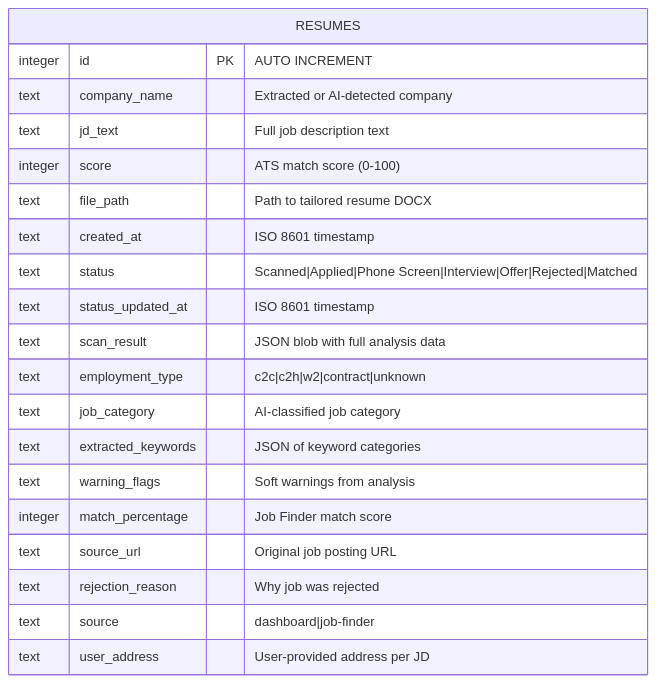
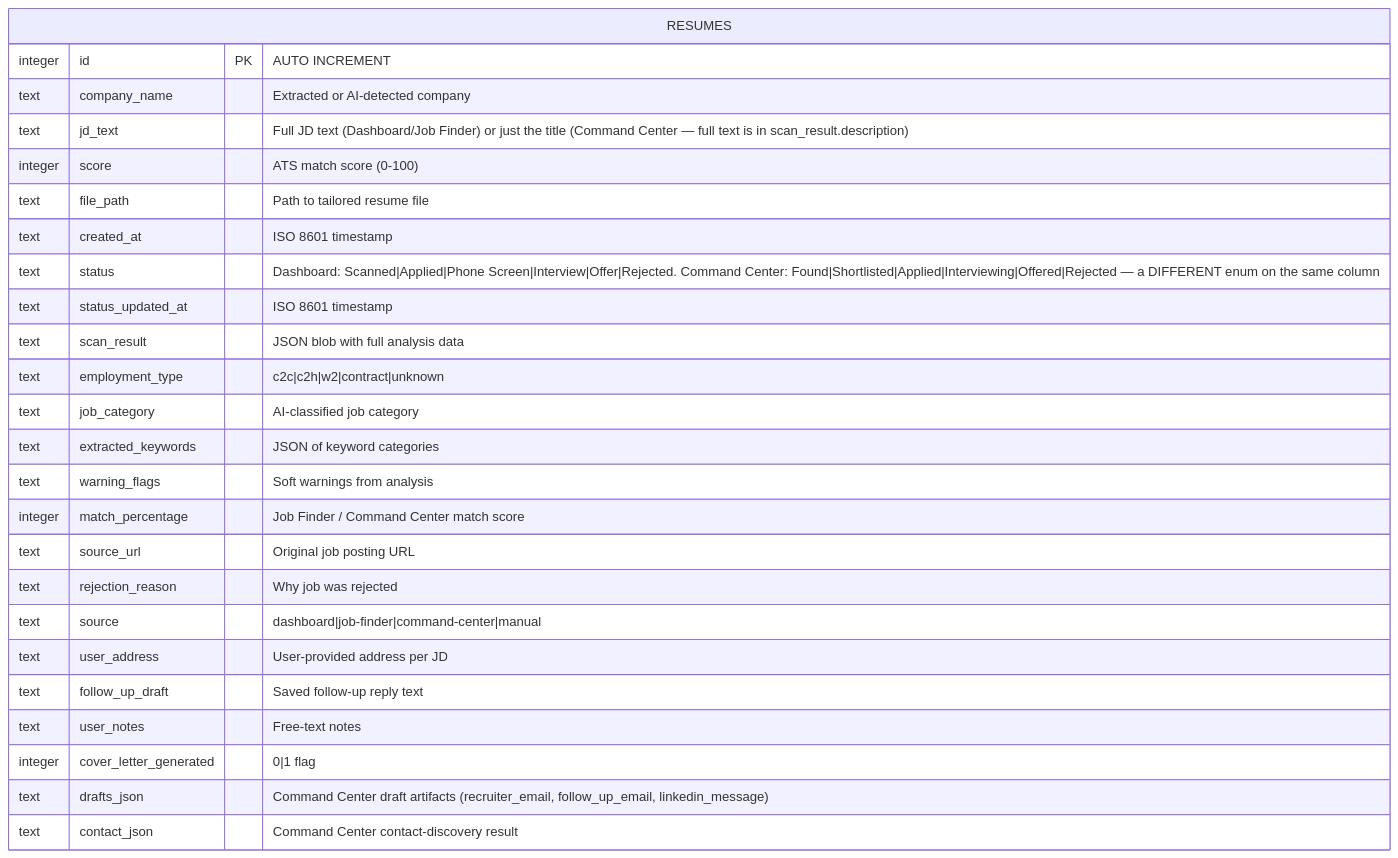
Before and after one commit to tejamahesh1433/job-trailerd-resume: the second of 4 diagrams in docx/Backend_Architecture.md, drawn with Mermaid. The commit also changed other lines of this file and 9 other files, not shown here.

````diff
--- a/docx/Backend_Architecture.md
+++ b/docx/Backend_Architecture.md
@@ -163,23 +180,28 @@
 ```mermaid
 erDiagram
     RESUMES {
         integer id PK "AUTO INCREMENT"
         text company_name "Extracted or AI-detected company"
-        text jd_text "Full job description text"
+        text jd_text "Full JD text (Dashboard/Job Finder) or just the title (Command Center — full text is in scan_result.description)"
         integer score "ATS match score (0-100)"
-        text file_path "Path to tailored resume DOCX"
+        text file_path "Path to tailored resume file"
         text created_at "ISO 8601 timestamp"
-        text status "Scanned|Applied|Phone Screen|Interview|Offer|Rejected|Matched"
+        text status "Dashboard: Scanned|Applied|Phone Screen|Interview|Offer|Rejected. Command Center: Found|Shortlisted|Applied|Interviewing|Offered|Rejected — a DIFFERENT enum on the same column"
         text status_updated_at "ISO 8601 timestamp"
         text scan_result "JSON blob with full analysis data"
         text employment_type "c2c|c2h|w2|contract|unknown"
         text job_category "AI-classified job category"
         text extracted_keywords "JSON of keyword categories"
         text warning_flags "Soft warnings from analysis"
-        integer match_percentage "Job Finder match score"
+        integer match_percentage "Job Finder / Command Center match score"
         text source_url "Original job posting URL"
         text rejection_reason "Why job was rejected"
-        text source "dashboard|job-finder"
+        text source "dashboard|job-finder|command-center|manual"
         text user_address "User-provided address per JD"
+        text follow_up_draft "Saved follow-up reply text"
+        text user_notes "Free-text notes"
+        integer cover_letter_generated "0|1 flag"
+        text drafts_json "Command Center draft artifacts (recruiter_email, follow_up_email, linkedin_message)"
+        text contact_json "Command Center contact-discovery result"
     }
 ```
````
